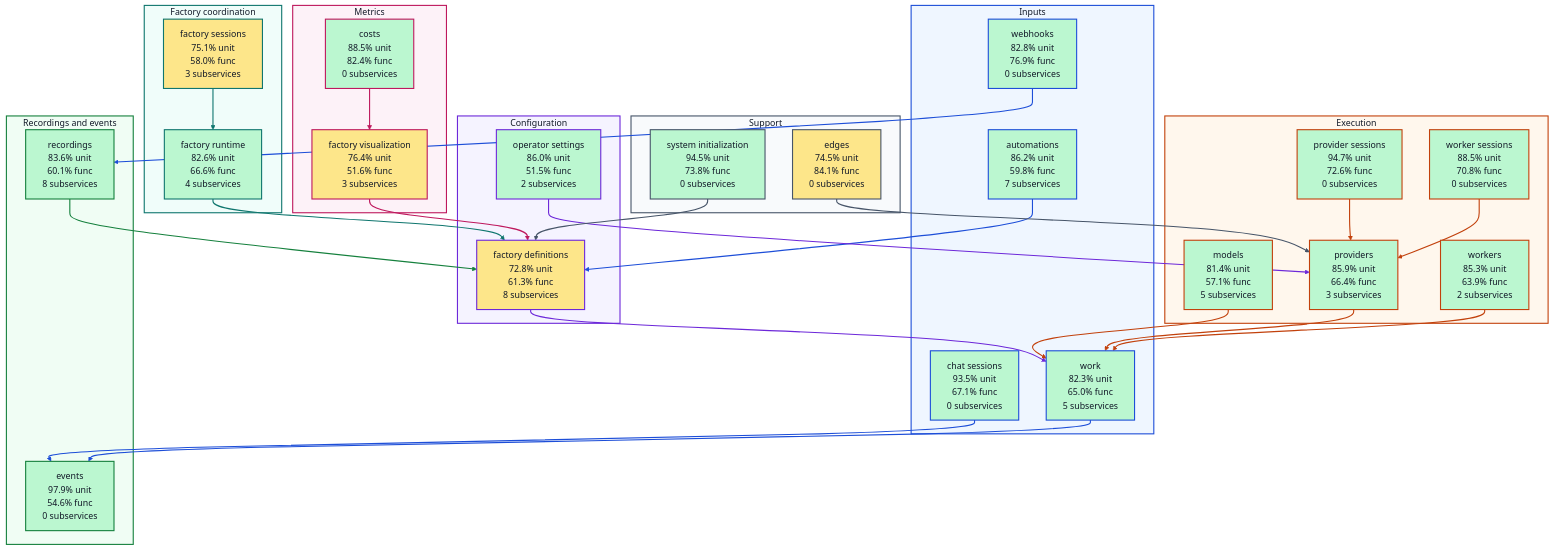
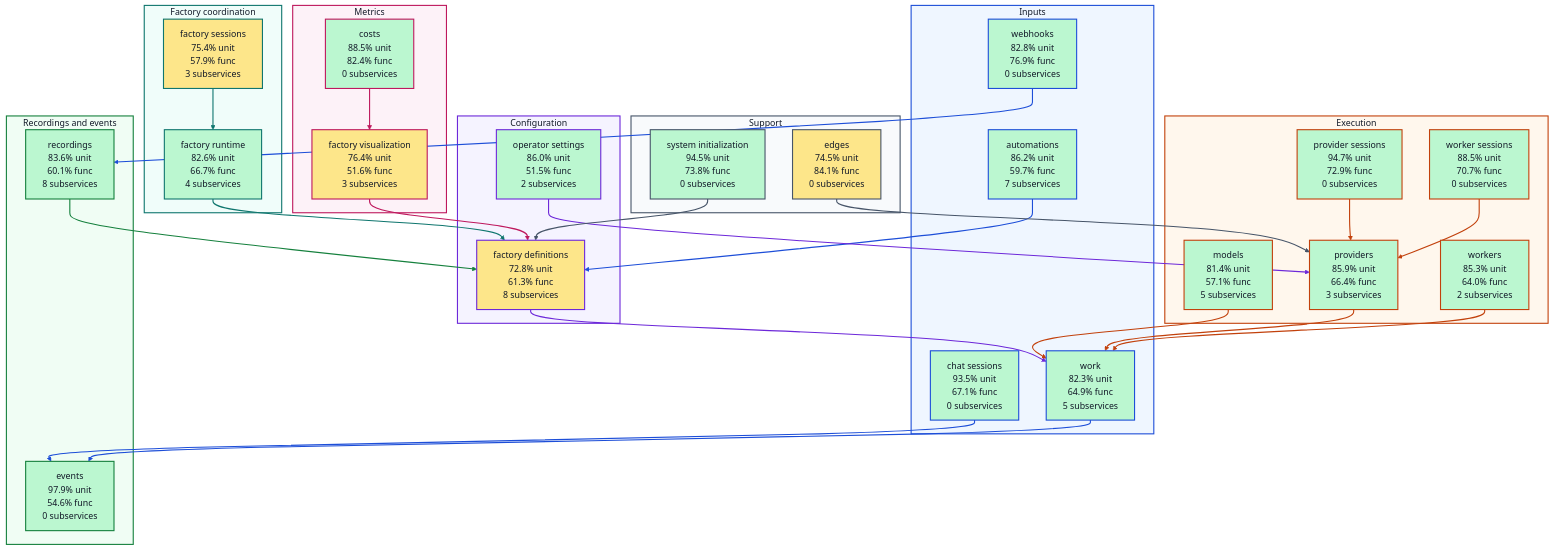
Before and after one commit to portpowered/you-agent-factory: the diagram in docs/architecture/visualizations/high-level-test-coverage.md, drawn with Mermaid. The commit also changed other lines of this file and 20 other files, not shown here.

Commit message:
docs: refresh backend architecture visualizations

````diff
--- a/docs/architecture/visualizations/high-level-test-coverage.md
+++ b/docs/architecture/visualizations/high-level-test-coverage.md
@@ -11,25 +11,25 @@
 ```mermaid
 flowchart TB
   subgraph input["Inputs"]
-    s_services_automations["automations<br/>86.2% unit<br/>59.8% func<br/>7 subservices"]
+    s_services_automations["automations<br/>86.2% unit<br/>59.7% func<br/>7 subservices"]
     s_services_chat_sessions["chat sessions<br/>93.5% unit<br/>67.1% func<br/>0 subservices"]
     s_services_webhooks["webhooks<br/>82.8% unit<br/>76.9% func<br/>0 subservices"]
-    s_services_work["work<br/>82.3% unit<br/>65.0% func<br/>5 subservices"]
+    s_services_work["work<br/>82.3% unit<br/>64.9% func<br/>5 subservices"]
   end
   subgraph configuration["Configuration"]
     s_services_factory_definitions["factory definitions<br/>72.8% unit<br/>61.3% func<br/>8 subservices"]
     s_services_operator_settings["operator settings<br/>86.0% unit<br/>51.5% func<br/>2 subservices"]
   end
   subgraph coordination["Factory coordination"]
-    s_services_factory_runtime["factory runtime<br/>82.6% unit<br/>66.6% func<br/>4 subservices"]
-    s_services_factory_sessions["factory sessions<br/>75.1% unit<br/>58.0% func<br/>3 subservices"]
+    s_services_factory_runtime["factory runtime<br/>82.6% unit<br/>66.7% func<br/>4 subservices"]
+    s_services_factory_sessions["factory sessions<br/>75.4% unit<br/>57.9% func<br/>3 subservices"]
   end
   subgraph execution["Execution"]
     s_services_models["models<br/>81.4% unit<br/>57.1% func<br/>5 subservices"]
-    s_services_provider_sessions["provider sessions<br/>94.7% unit<br/>72.6% func<br/>0 subservices"]
+    s_services_provider_sessions["provider sessions<br/>94.7% unit<br/>72.9% func<br/>0 subservices"]
     s_services_providers["providers<br/>85.9% unit<br/>66.4% func<br/>3 subservices"]
-    s_services_worker_sessions["worker sessions<br/>88.5% unit<br/>70.8% func<br/>0 subservices"]
-    s_services_workers["workers<br/>85.3% unit<br/>63.9% func<br/>2 subservices"]
+    s_services_worker_sessions["worker sessions<br/>88.5% unit<br/>70.7% func<br/>0 subservices"]
+    s_services_workers["workers<br/>85.3% unit<br/>64.0% func<br/>2 subservices"]
   end
   subgraph recordings["Recordings and events"]
     s_services_events["events<br/>97.9% unit<br/>54.6% func<br/>0 subservices"]
````
